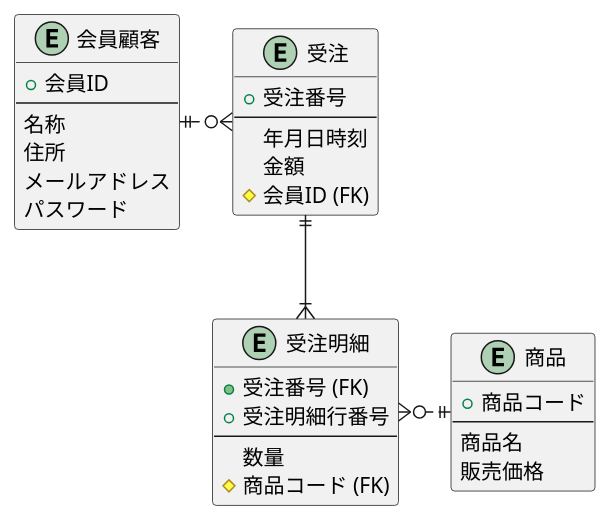
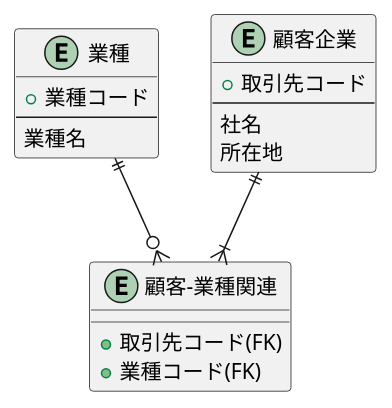
One commit to yinm/uml-modeling-lesson changed the diagram in ch13/sample.puml. Above: the diagram before and after it, drawn with PlantUML.

Commit message:
Add lesson 47

```diff
--- a/ch13/sample.puml
+++ b/ch13/sample.puml
@@ -1,39 +1,24 @@
 @startuml
 
-entity 会員顧客 {
-  + 会員ID
+entity 業種 {
+  + 業種コード
   ---
-  名称
-  住所
-  メールアドレス
-  パスワード
+  業種名
 }
 
-entity 受注 {
-  + 受注番号
-  ---
-  年月日時刻
-  金額
-  # 会員ID (FK)
+entity 顧客-業種関連 {
+  + 取引先コード(FK)
+  + 業種コード(FK)
 }
 
-entity 受注明細 {
-  + 受注番号 (FK)
-  + 受注明細行番号
+entity 顧客企業 {
+  + 取引先コード
   ---
-  数量
-  # 商品コード (FK)
+  社名
+  所在地
 }
 
-entity 商品 {
-  + 商品コード
-  ---
-  商品名
-  販売価格
-}
-
-会員顧客 ||.r.o{ 受注
-受注 ||--|{ 受注明細
-受注明細 }o.r.|| 商品
+業種 ||--o{ "顧客-業種関連"
+顧客企業 ||--|{ "顧客-業種関連"
 
 @enduml
```
